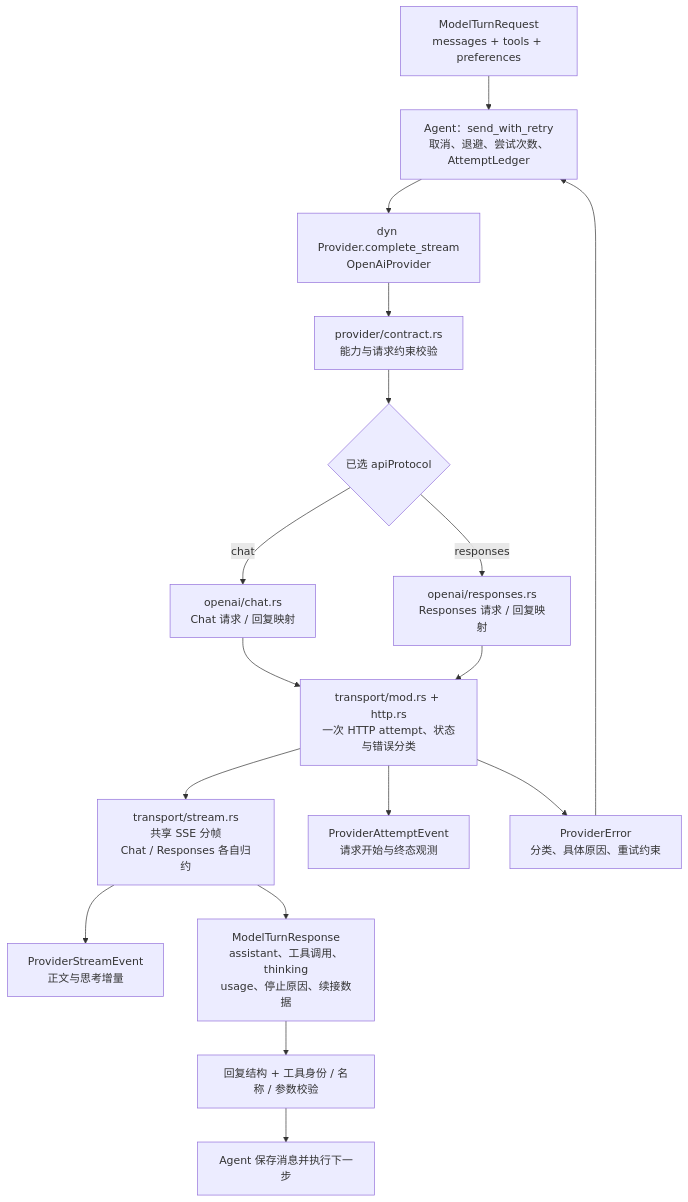
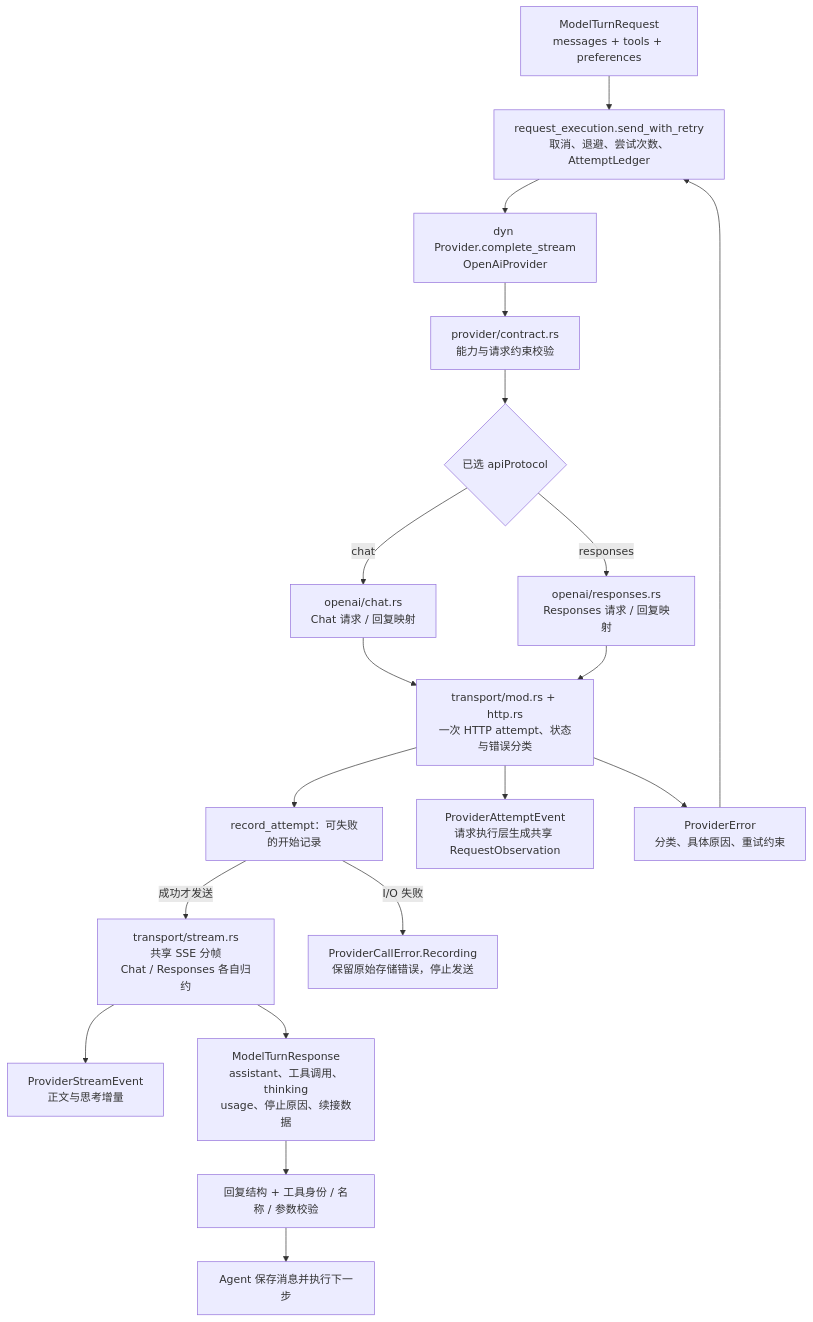
Diagram 19 of 29 in docs/singularity.md (qjcnmd/singularity-agent), drawn with Mermaid before and after one commit. The commit also changed other lines of this file and 71 other files, not shown here.

````diff
--- a/docs/singularity.md
+++ b/docs/singularity.md
@@ -500,19 +509,21 @@
 ```mermaid
 flowchart TB
-    Request["ModelTurnRequest<br/>messages + tools + preferences"] --> Retry["Agent：send_with_retry<br/>取消、退避、尝试次数、AttemptLedger"]
+    Request["ModelTurnRequest<br/>messages + tools + preferences"] --> Retry["request_execution.send_with_retry<br/>取消、退避、尝试次数、AttemptLedger"]
     Retry --> Provider["dyn Provider.complete_stream<br/>OpenAiProvider"]
     Provider --> Validate["provider/contract.rs<br/>能力与请求约束校验"]
     Validate --> Protocol{"已选 apiProtocol"}
     Protocol -->|"chat"| Chat["openai/chat.rs<br/>Chat 请求 / 回复映射"]
     Protocol -->|"responses"| Responses["openai/responses.rs<br/>Responses 请求 / 回复映射"]
     Chat --> Transport["transport/mod.rs + http.rs<br/>一次 HTTP attempt、状态与错误分类"]
     Responses --> Transport
-    Transport --> SSE["transport/stream.rs<br/>共享 SSE 分帧<br/>Chat / Responses 各自归约"]
+    Transport --> Record["record_attempt：可失败的开始记录"]
+    Record -->|"成功才发送"| SSE["transport/stream.rs<br/>共享 SSE 分帧<br/>Chat / Responses 各自归约"]
     SSE --> Deltas["ProviderStreamEvent<br/>正文与思考增量"]
-    Transport --> Attempts["ProviderAttemptEvent<br/>请求开始与终态观测"]
+    Record -->|"I/O 失败"| StorageError["ProviderCallError.Recording<br/>保留原始存储错误，停止发送"]
+    Transport --> Attempts["ProviderAttemptEvent<br/>请求执行层生成共享 RequestObservation"]
     SSE --> Reply["ModelTurnResponse<br/>assistant、工具调用、thinking<br/>usage、停止原因、续接数据"]
     Reply --> Check["回复结构 + 工具身份 / 名称 / 参数校验"]
     Check --> Agent["Agent 保存消息并执行下一步"]
     Transport --> Error["ProviderError<br/>分类、具体原因、重试约束"]
     Error --> Retry
 ```
````
